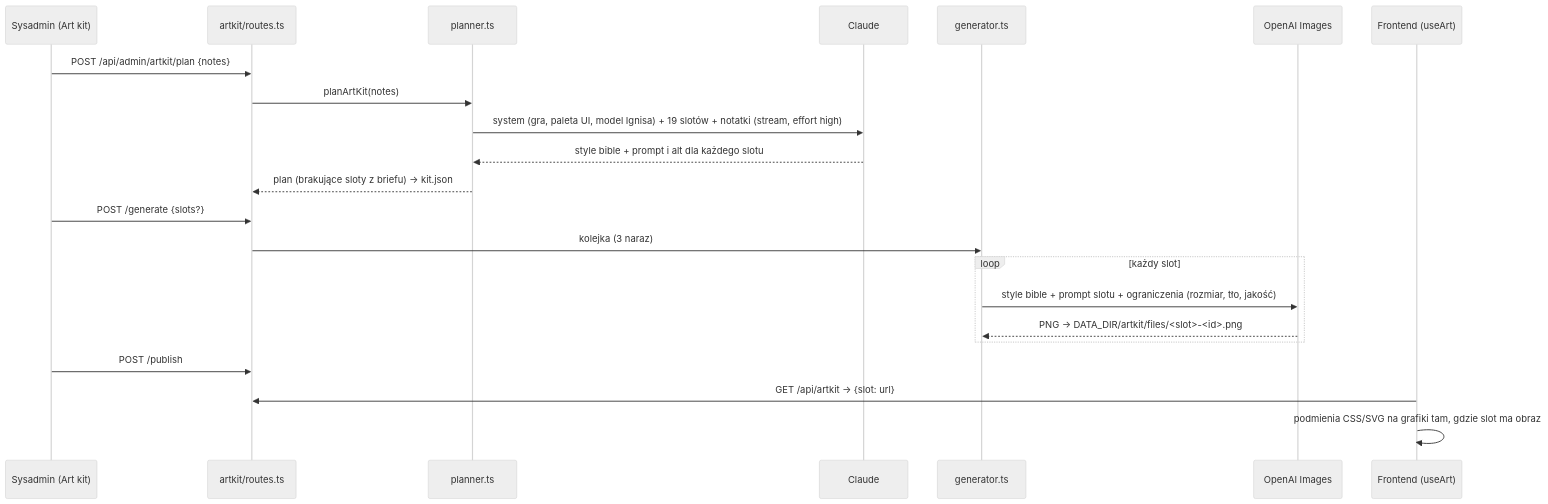
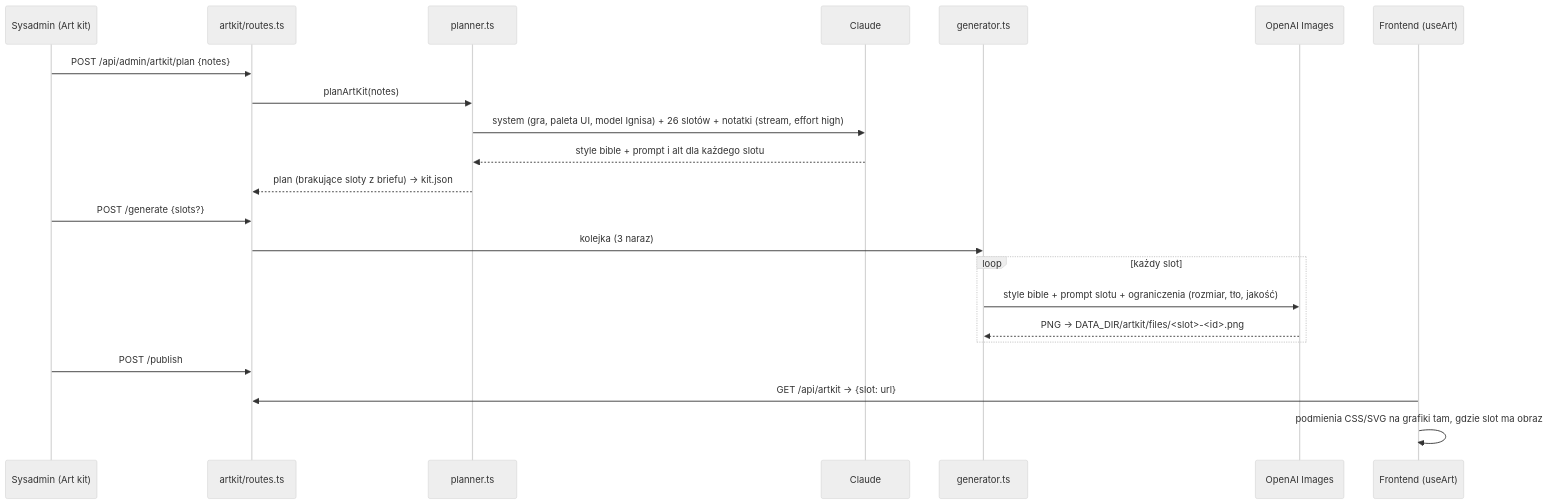
Before and after one commit to reception-ifairy/book: the fifth of 5 diagrams in docs/ARCHITEKTURA.md, drawn with Mermaid (neutral theme). The commit also changed other lines of this file and 56 other files, not shown here.

````diff
--- a/docs/ARCHITEKTURA.md
+++ b/docs/ARCHITEKTURA.md
@@ -239,25 +229,25 @@
 ```mermaid
 sequenceDiagram
   participant S as Sysadmin (Art kit)
   participant R as artkit/routes.ts
   participant P as planner.ts
   participant C as Claude
   participant G as generator.ts
   participant O as OpenAI Images
   participant F as Frontend (useArt)
 
   S->>R: POST /api/admin/artkit/plan {notes}
   R->>P: planArtKit(notes)
-  P->>C: system (gra, paleta UI, model Ignisa) + 19 slotów + notatki (stream, effort high)
+  P->>C: system (gra, paleta UI, model Ignisa) + 26 slotów + notatki (stream, effort high)
   C-->>P: style bible + prompt i alt dla każdego slotu
   P-->>R: plan (brakujące sloty z briefu) → kit.json
   S->>R: POST /generate {slots?}
   R->>G: kolejka (3 naraz)
   loop każdy slot
     G->>O: style bible + prompt slotu + ograniczenia (rozmiar, tło, jakość)
     O-->>G: PNG → DATA_DIR/artkit/files/<slot>-<id>.png
   end
   S->>R: POST /publish
   F->>R: GET /api/artkit → {slot: url}
   F->>F: podmienia CSS/SVG na grafiki tam, gdzie slot ma obraz
 ```
````
